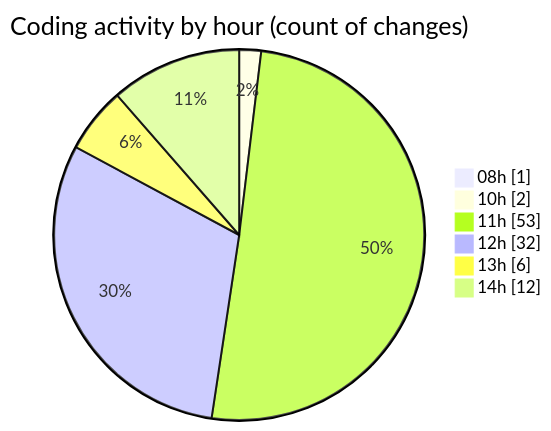
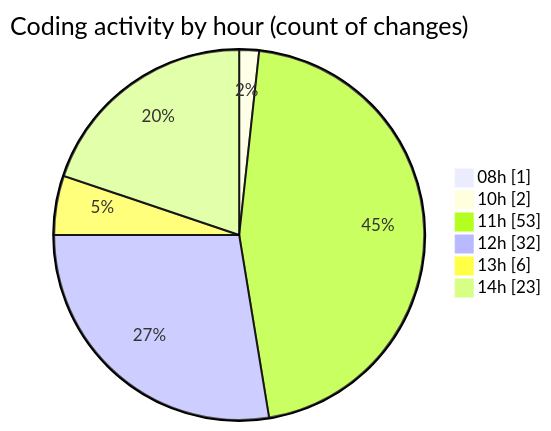
One commit to momahboobian/code-tracking changed the second of 2 diagrams in 2025-07-03/cda/README.md. Above: the diagram before and after it, drawn with Mermaid. The commit also changed other lines of this file and 1 other file, not shown here.

````diff
--- a/2025-07-03/cda/README.md
+++ b/2025-07-03/cda/README.md
@@ -47,10 +48,10 @@
 ```mermaid
 pie showData
 title Coding activity by hour (count of changes)
 "08h" : 1
 "10h" : 2
 "11h" : 53
 "12h" : 32
 "13h" : 6
-"14h" : 12
+"14h" : 23
 ```
````
